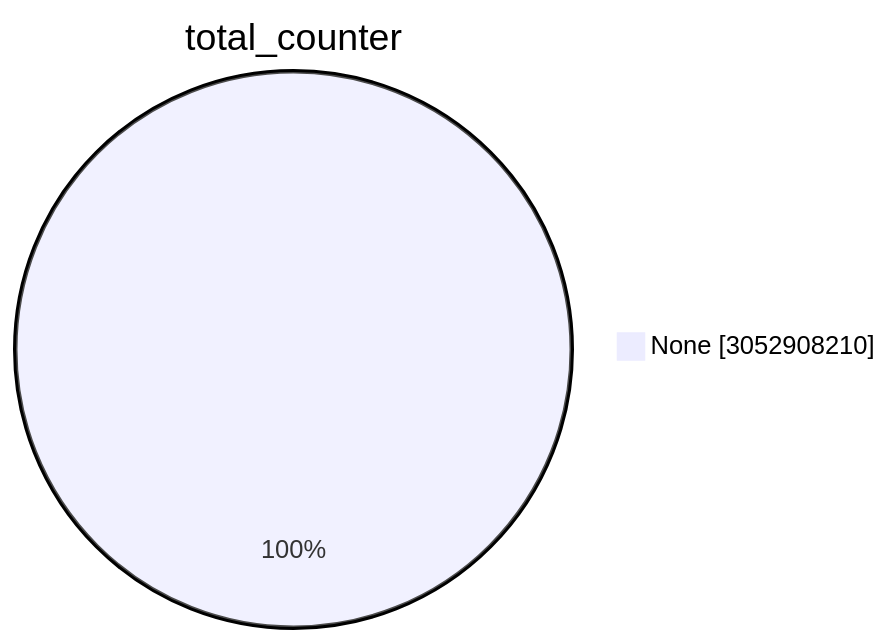
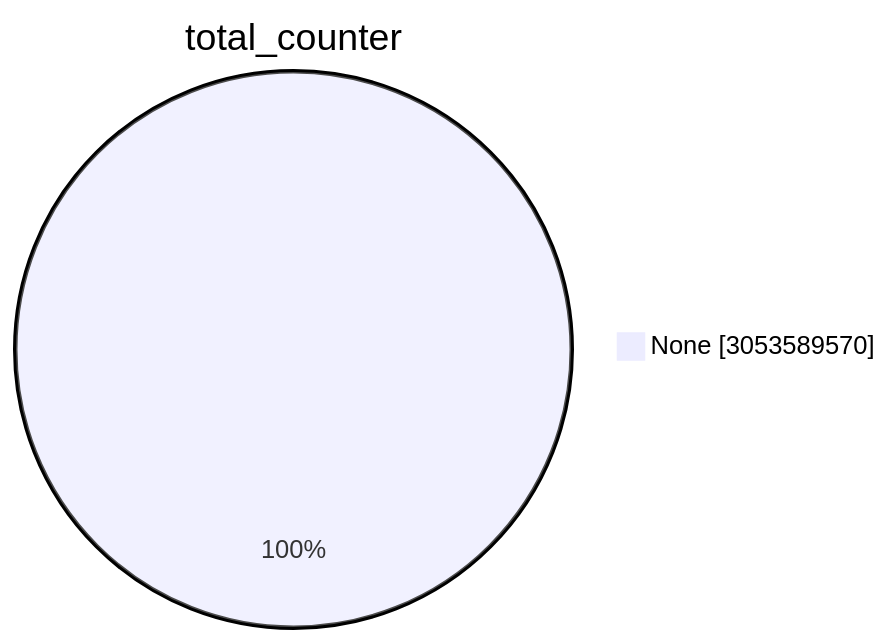
One commit to christiankrug/ctmonitor_visualization changed the first of 15 diagrams in TOTAL/README.md. Above: the diagram before and after it, drawn with Mermaid. The commit also changed other lines of this file, not shown here.

````diff
--- a/TOTAL/README.md
+++ b/TOTAL/README.md
@@ -1,5 +1,5 @@
 ```mermaid
 pie showData
 title total_counter
-"None" :3052908210
+"None" :3053589570
 ```
````
